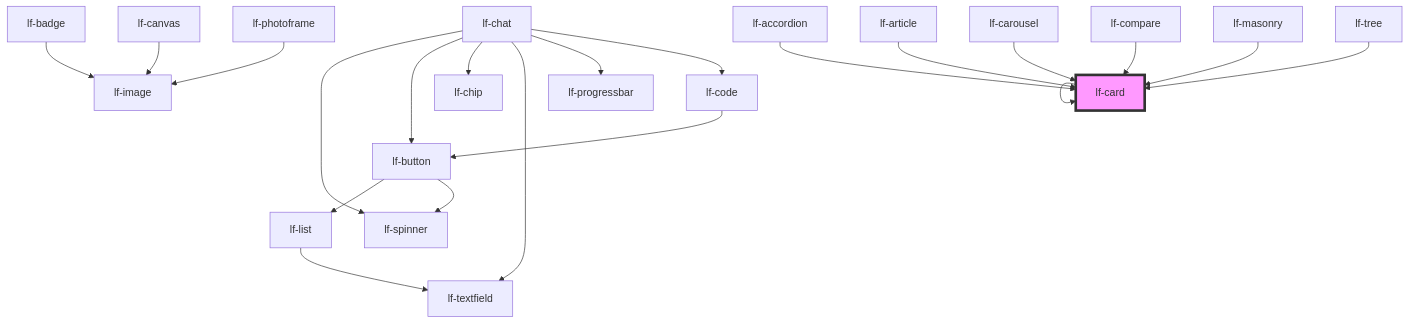
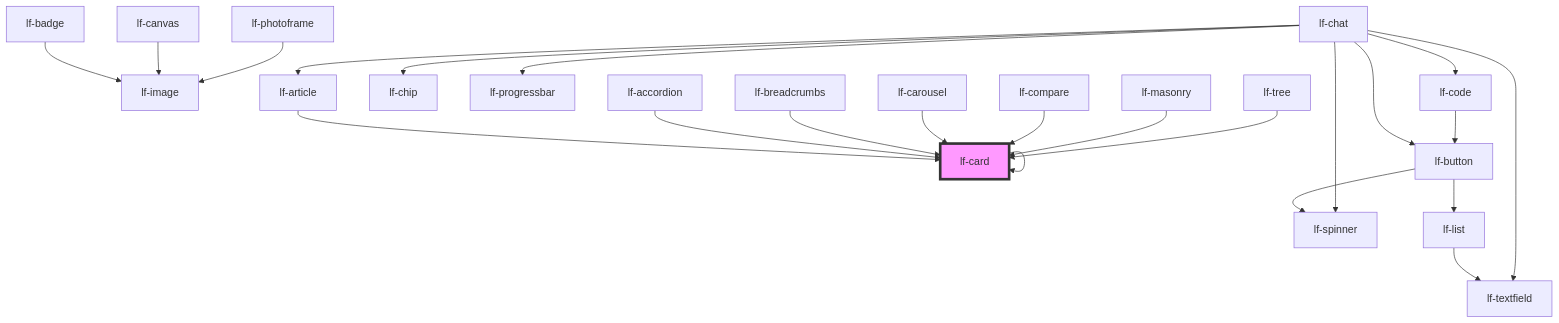
One commit to lucafoscili/lf-widgets changed the diagram in packages/core/src/components/lf-card/readme.md. Above: the diagram before and after it, drawn with Mermaid. The commit also changed other lines of this file and 229 other files, not shown here.

````diff
--- a/packages/core/src/components/lf-card/readme.md
+++ b/packages/core/src/components/lf-card/readme.md
@@ -137,24 +138,26 @@
 ```mermaid
 graph TD;
   lf-card --> lf-card
   lf-badge --> lf-image
   lf-button --> lf-list
   lf-button --> lf-spinner
   lf-list --> lf-textfield
   lf-canvas --> lf-image
   lf-chat --> lf-spinner
+  lf-chat --> lf-article
   lf-chat --> lf-button
   lf-chat --> lf-chip
   lf-chat --> lf-textfield
   lf-chat --> lf-progressbar
   lf-chat --> lf-code
+  lf-article --> lf-card
   lf-code --> lf-button
   lf-photoframe --> lf-image
   lf-accordion --> lf-card
-  lf-article --> lf-card
+  lf-breadcrumbs --> lf-card
   lf-carousel --> lf-card
   lf-compare --> lf-card
   lf-masonry --> lf-card
   lf-tree --> lf-card
   style lf-card fill:#f9f,stroke:#333,stroke-width:4px
 ```
````
